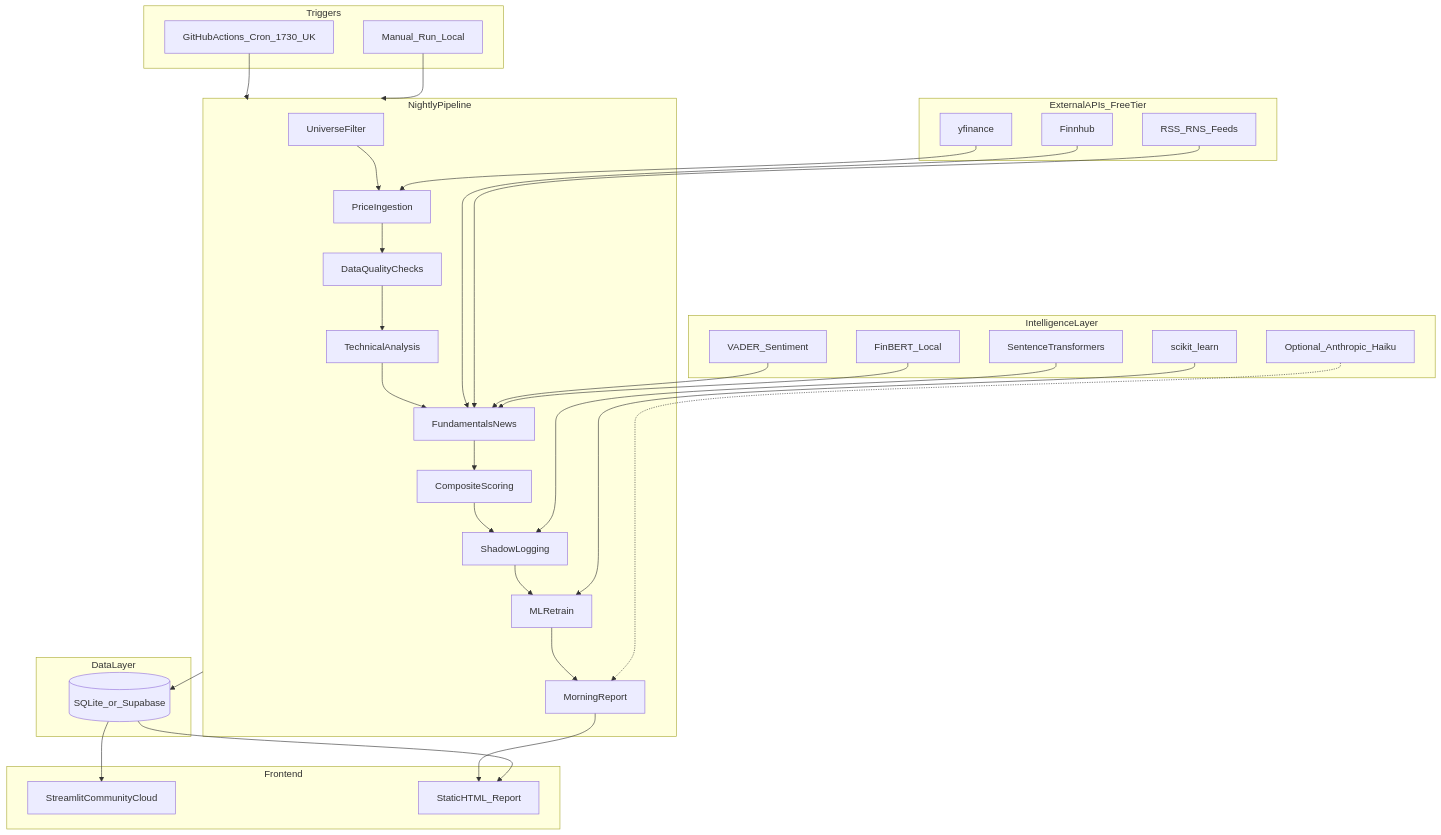
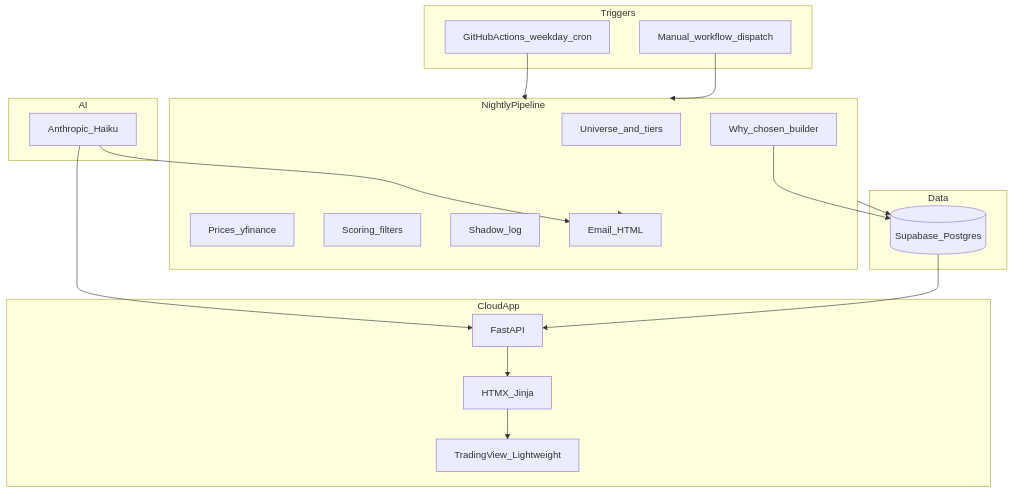
Before and after one commit to djmobeus/stock-analyzer: the diagram in docs/architecture.md, drawn with Mermaid. The commit also changed other lines of this file and 40 other files, not shown here.

First line of the commit message:
Ship FastAPI rebuild and aim emails ~2 hours earlier.

````diff
--- a/docs/architecture.md
+++ b/docs/architecture.md
@@ -11,58 +13,41 @@
 ```mermaid
 flowchart TB
   subgraph triggers [Triggers]
-    GHA[GitHubActions_Cron_1730_UK]
-    Manual[Manual_Run_Local]
+    Cron[GitHubActions_weekday_cron]
+    Manual[Manual_workflow_dispatch]
   end
 
   subgraph pipeline [NightlyPipeline]
-    Universe[UniverseFilter]
-    Prices[PriceIngestion]
-    QC[DataQualityChecks]
-    TA[TechnicalAnalysis]
-    Fund[FundamentalsNews]
-    Score[CompositeScoring]
-    Shadow[ShadowLogging]
-    ML[MLRetrain]
-    Report[MorningReport]
+    Universe[Universe_and_tiers]
+    Prices[Prices_yfinance]
+    Score[Scoring_filters]
+    Explain[Why_chosen_builder]
+    Shadow[Shadow_log]
+    Deliver[Email_HTML]
   end
 
-  subgraph data [DataLayer]
-  DB[(SQLite_or_Supabase)]
+  subgraph data [Data]
+    DB[(Supabase_Postgres)]
   end
 
-  subgraph external [ExternalAPIs_FreeTier]
-    YF[yfinance]
-    FH[Finnhub]
-    RSS[RSS_RNS_Feeds]
+  subgraph app [CloudApp]
+    API[FastAPI]
+    Web[HTMX_Jinja]
+    Charts[TradingView_Lightweight]
   end
 
-  subgraph intelligence [IntelligenceLayer]
-    VADER[VADER_Sentiment]
-    FinBERT[FinBERT_Local]
-    ST[SentenceTransformers]
-    SKL[scikit_learn]
-    LLM[Optional_Anthropic_Haiku]
+  subgraph ai [AI]
+    Haiku[Anthropic_Haiku]
   end
 
-  subgraph frontend [Frontend]
-    STCloud[StreamlitCommunityCloud]
-    HTML[StaticHTML_Report]
-  end
-
-  GHA --> pipeline
+  Cron --> pipeline
   Manual --> pipeline
-  Universe --> Prices --> QC --> TA --> Fund --> Score --> Shadow --> ML --> Report
-  YF --> Prices
-  FH --> Fund
-  RSS --> Fund
-  VADER --> Fund
-  FinBERT --> Fund
   pipeline --> DB
-  SKL --> ML
-  ST --> Shadow
-  LLM -.-> Report
-  DB --> STCloud
-  Report --> HTML
-  DB --> HTML
+  pipeline --> Deliver
+  Explain --> DB
+  Haiku --> Deliver
+  Haiku --> API
+  DB --> API
+  API --> Web
+  Web --> Charts
 ```
````
